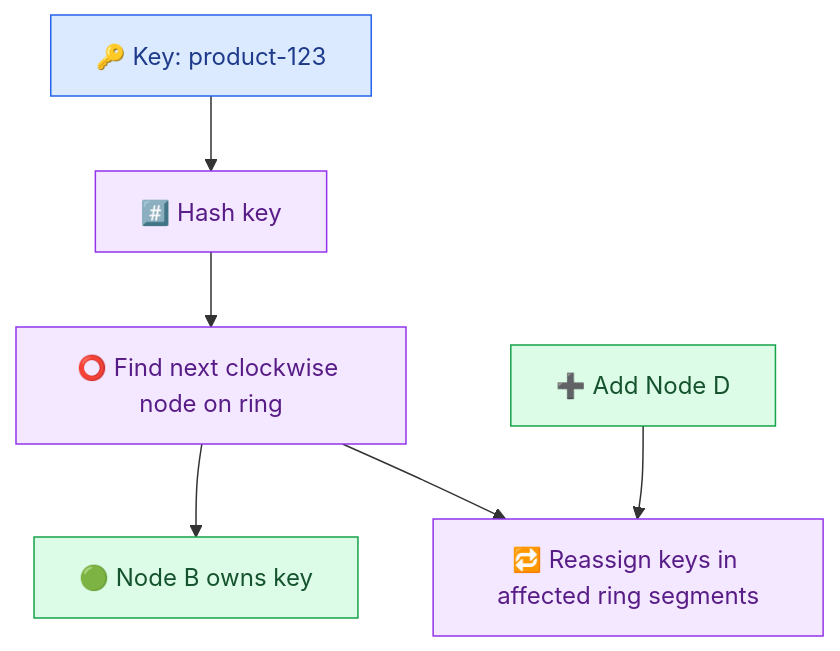
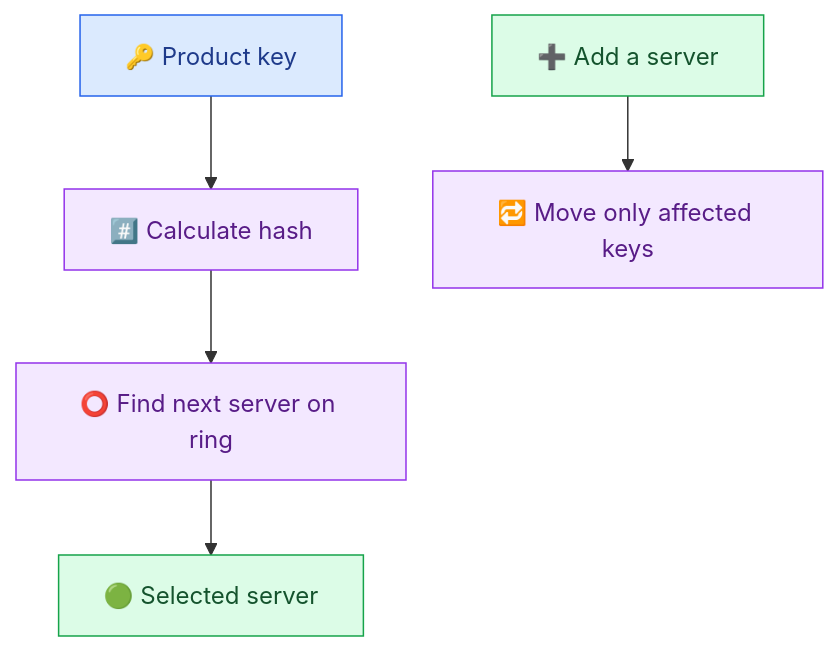
Before and after one commit to azam123/Engineering-Interview-Prep: the seventh of 9 diagrams in System-Design/01-E-Commerce-Amazon.md, drawn with Mermaid. The commit also changed other lines of this file, not shown here.

```diff
--- a/System-Design/01-E-Commerce-Amazon.md
+++ b/System-Design/01-E-Commerce-Amazon.md
@@ -470,14 +390,13 @@
 ~~~mermaid
 flowchart TD
-    K["🔑 Key: product-123"] --> H["#️⃣ Hash key"]
-    H --> R["⭕ Find next clockwise node on ring"]
-    R --> N["🟢 Node B owns key"]
-    ADD["➕ Add Node D"] --> RING["🔁 Reassign keys in affected ring segments"]
-    R --> RING
+    K["🔑 Product key"] --> H["#️⃣ Calculate hash"]
+    H --> R["⭕ Find next server on ring"]
+    R --> N["🟢 Selected server"]
+    A["➕ Add a server"] --> M["🔁 Move only affected keys"]
     classDef key fill:#dbeafe,stroke:#2563eb,color:#1e3a8a;
     classDef hash fill:#f3e8ff,stroke:#9333ea,color:#581c87;
-    classDef node fill:#dcfce7,stroke:#16a34a,color:#14532d;
+    classDef server fill:#dcfce7,stroke:#16a34a,color:#14532d;
     class K key;
-    class H,R,RING hash;
-    class N,ADD node;
+    class H,R,M hash;
+    class N,A server;
 ~~~
```
